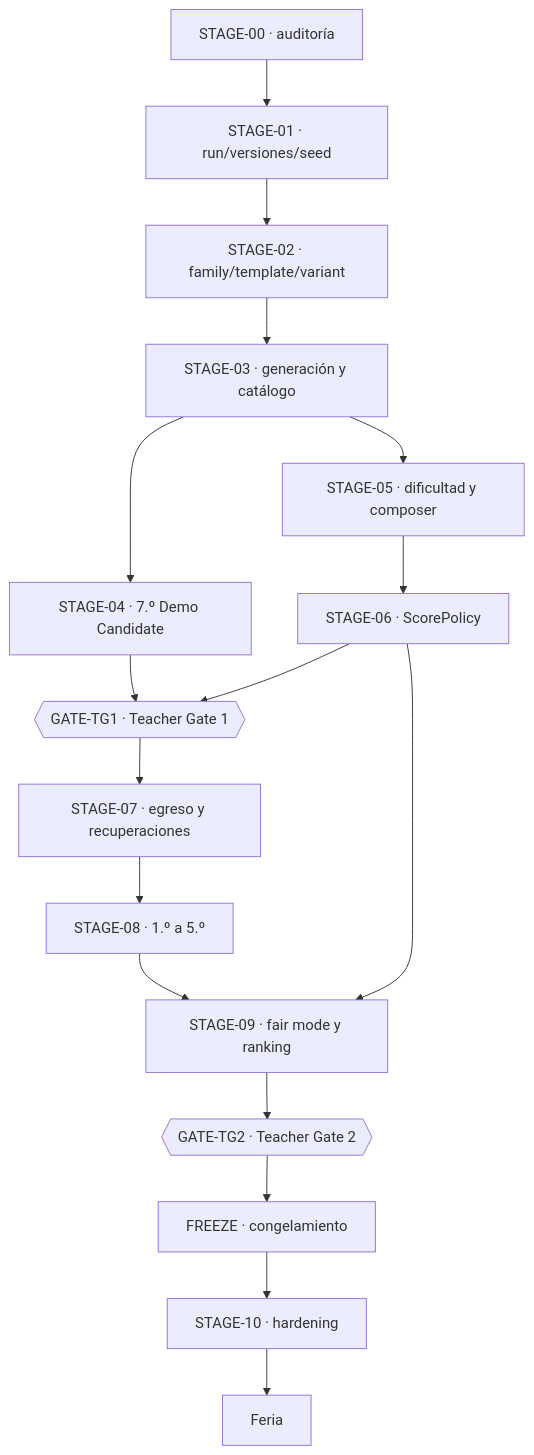
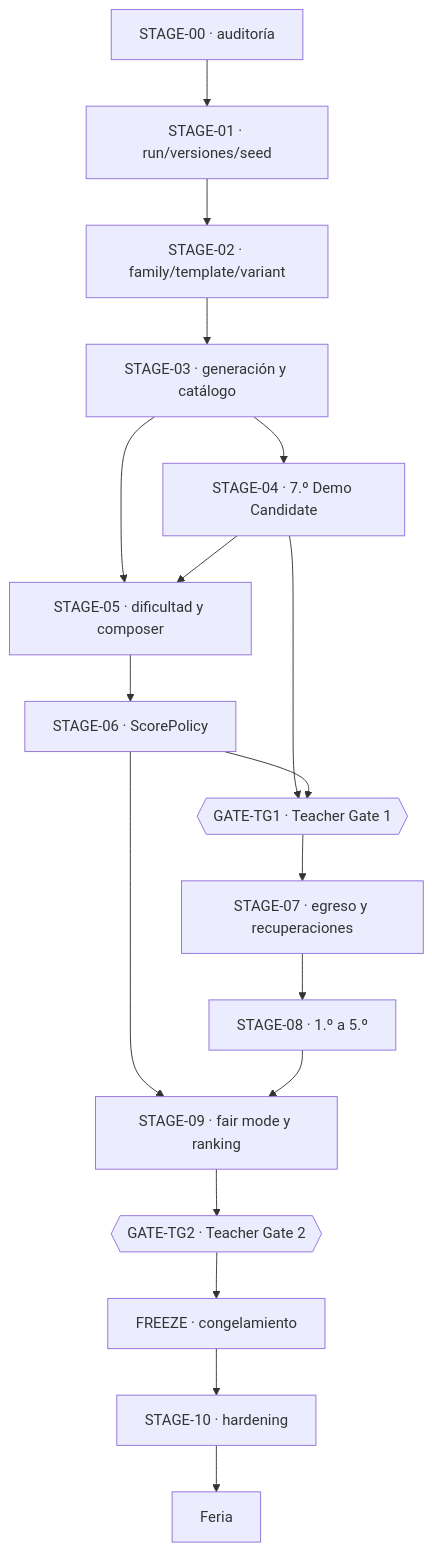
The diagram in docs/06-delivery/implementation-sequence.md (gastong256/mono256_egresado-game), drawn with Mermaid before and after one commit. The commit also changed other lines of this file and 14 other files, not shown here.

````diff
--- a/docs/06-delivery/implementation-sequence.md
+++ b/docs/06-delivery/implementation-sequence.md
@@ -71,19 +71,20 @@
 ```mermaid
 flowchart TD
     S0[STAGE-00 · auditoría] --> S1[STAGE-01 · run/versiones/seed]
     S1 --> S2[STAGE-02 · family/template/variant]
     S2 --> S3[STAGE-03 · generación y catálogo]
     S3 --> S4[STAGE-04 · 7.º Demo Candidate]
     S3 --> S5[STAGE-05 · dificultad y composer]
+    S4 --> S5
     S5 --> S6[STAGE-06 · ScorePolicy]
     S4 --> TG1{{GATE-TG1 · Teacher Gate 1}}
     S6 --> TG1
     TG1 --> S7[STAGE-07 · egreso y recuperaciones]
     S7 --> S8[STAGE-08 · 1.º a 5.º]
     S6 --> S9[STAGE-09 · fair mode y ranking]
     S8 --> S9
     S9 --> TG2{{GATE-TG2 · Teacher Gate 2}}
     TG2 --> FZ[FREEZE · congelamiento]
     FZ --> S10[STAGE-10 · hardening]
     S10 --> RL[Feria]
 ```
````
